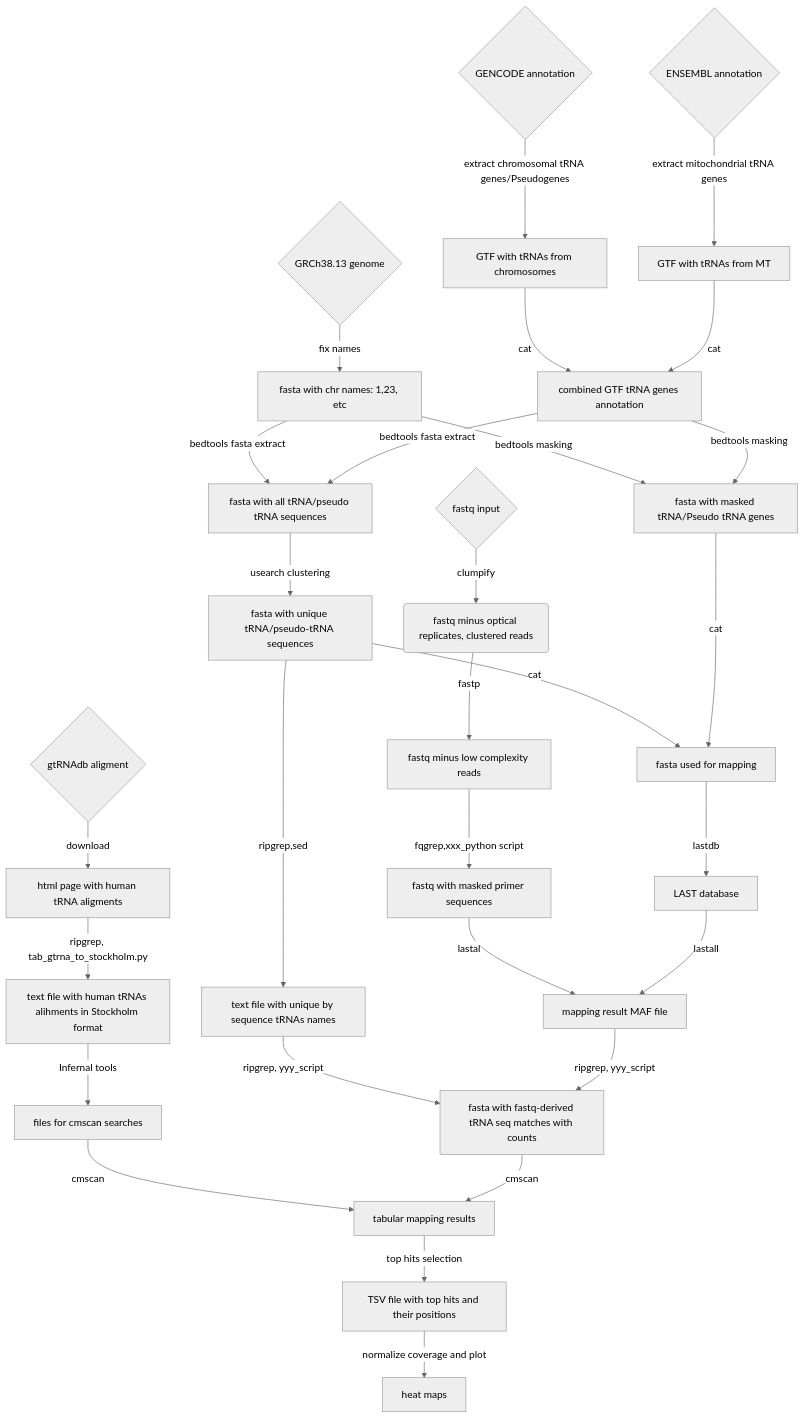
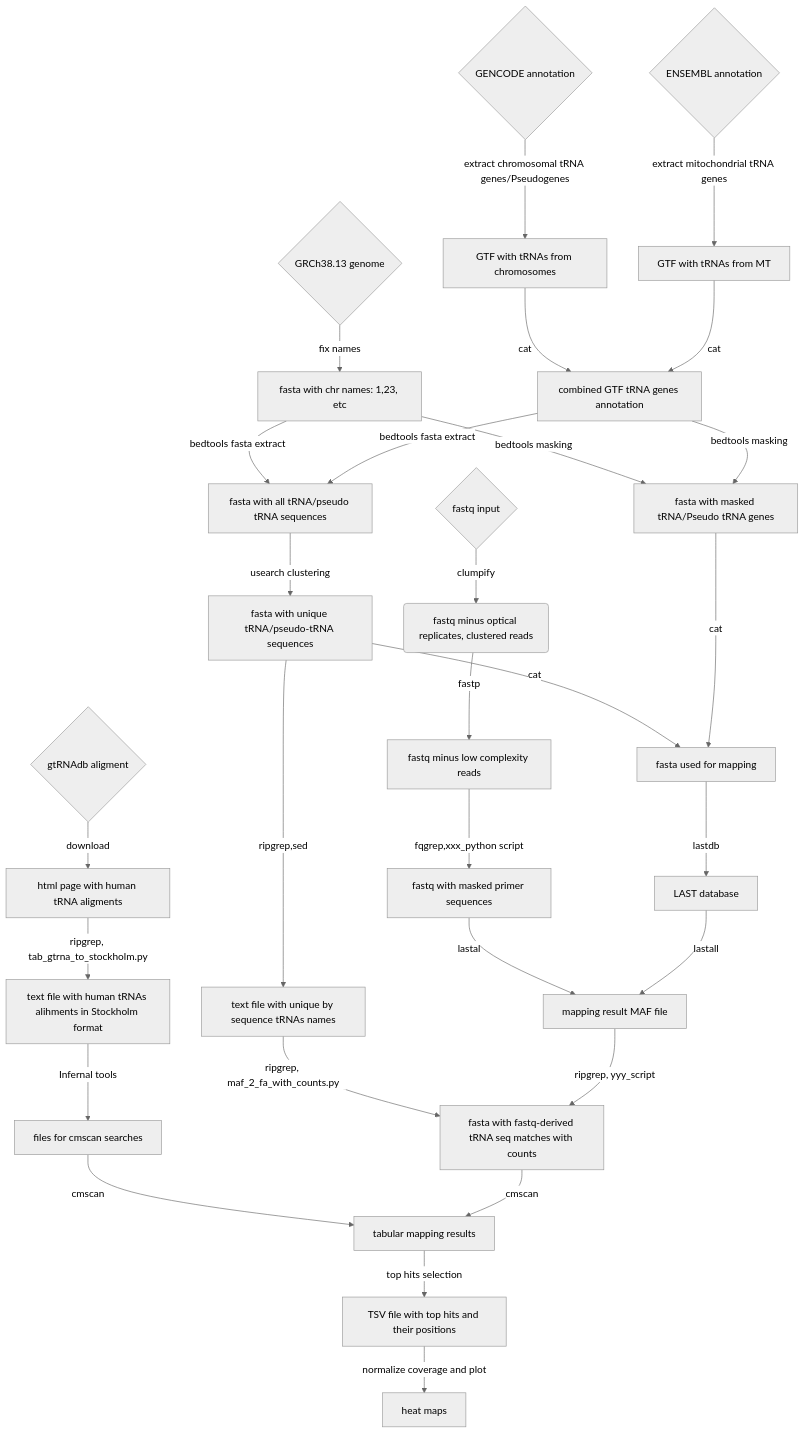
One commit to Cancer-Genomics-TH/tRNA_methyl changed the diagram in doc/workflow_mermaid.md. Above: the diagram before and after it, drawn with Mermaid (neutral theme).

Commit message:
maf_2_fa_with_counts.py in workflow

````diff
--- a/doc/workflow_mermaid.md
+++ b/doc/workflow_mermaid.md
@@ -4,33 +4,33 @@
 ```mermaid
 graph TD
 
     genome_fasta{ GRCh38.13 genome} -->|fix names| fasta_names_fix[fasta with chr names: 1,23, etc]
     gencode_gtf{GENCODE annotation} -->|extract chromosomal tRNA genes/Pseudogenes| chromo_gtf[GTF with tRNAs from chromosomes]
     ensembl_gtf{ENSEMBL annotation} -->|extract mitochondrial tRNA genes| mito_gtf[GTF with tRNAs from MT]
     chromo_gtf -->|cat|combo_gtf[combined GTF tRNA genes annotation]
     mito_gtf -->|cat|combo_gtf
     fasta_names_fix -->|bedtools masking|masked_genome[fasta with masked tRNA/Pseudo tRNA genes]
     combo_gtf -->|bedtools masking|masked_genome
     fasta_names_fix-->|bedtools fasta extract|trna_seq[fasta with all tRNA/pseudo tRNA sequences]
     combo_gtf -->|bedtools fasta extract|trna_seq
     trna_seq-->|usearch clustering|unique_trnas_seq[fasta with unique tRNA/pseudo-tRNA sequences]
     unique_trnas_seq-->|cat|genome_for_mapping[fasta used for mapping]
     masked_genome-->|cat|genome_for_mapping
     genome_for_mapping-->|lastdb|last_database[LAST database]
     clumped_fastped_masked_fastq-->|lastal|maf_result[mapping result MAF file]
     last_database-->|lastall|maf_result
     unique_trnas_seq-->|ripgrep,sed|unique_trnas_seq_names[text file with unique by sequence tRNAs names]
-    unique_trnas_seq_names-->|ripgrep, yyy_script|trna_matches_with_counts[fasta with fastq-derived tRNA seq matches with counts] 
+    unique_trnas_seq_names-->|ripgrep, maf_2_fa_with_counts.py|trna_matches_with_counts[fasta with fastq-derived tRNA seq matches with counts] 
     maf_result-->|ripgrep, yyy_script|trna_matches_with_counts
     gtRNAdb{gtRNAdb aligment}-->|download|html_aligment[html page with human tRNA aligments]
     html_aligment-->|ripgrep, tab_gtrna_to_stockholm.py|stockholm_align[text file with human tRNAs alihments in Stockholm format]
     stockholm_align-->|Infernal tools|cmscan_files[files for cmscan searches]
     cmscan_files-->|cmscan|cmscan_mapping_result[tabular mapping results]
     trna_matches_with_counts-->|cmscan|cmscan_mapping_result
     cmscan_mapping_result-->|top hits selection|cmscan_top_hits[TSV file with top hits and their positions]
     cmscan_top_hits-->|normalize coverage and plot|heat_maps[heat maps]
     fastq{fastq input} -->|clumpify| clumped_fastq(fastq minus optical replicates, clustered reads)
     clumped_fastq -->|fastp| clumped_fastped_fastq[fastq minus low complexity reads]
     clumped_fastped_fastq -->|fqgrep,xxx_python script|clumped_fastped_masked_fastq[fastq with masked primer sequences]
     
 ```
````
